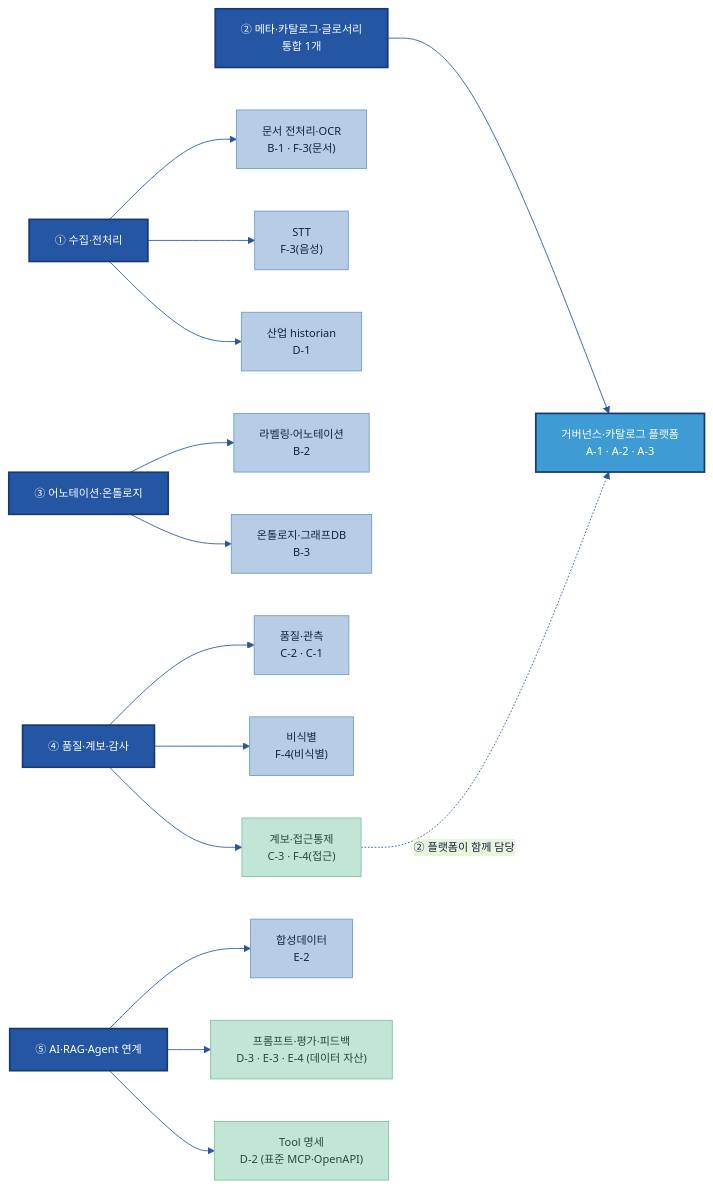
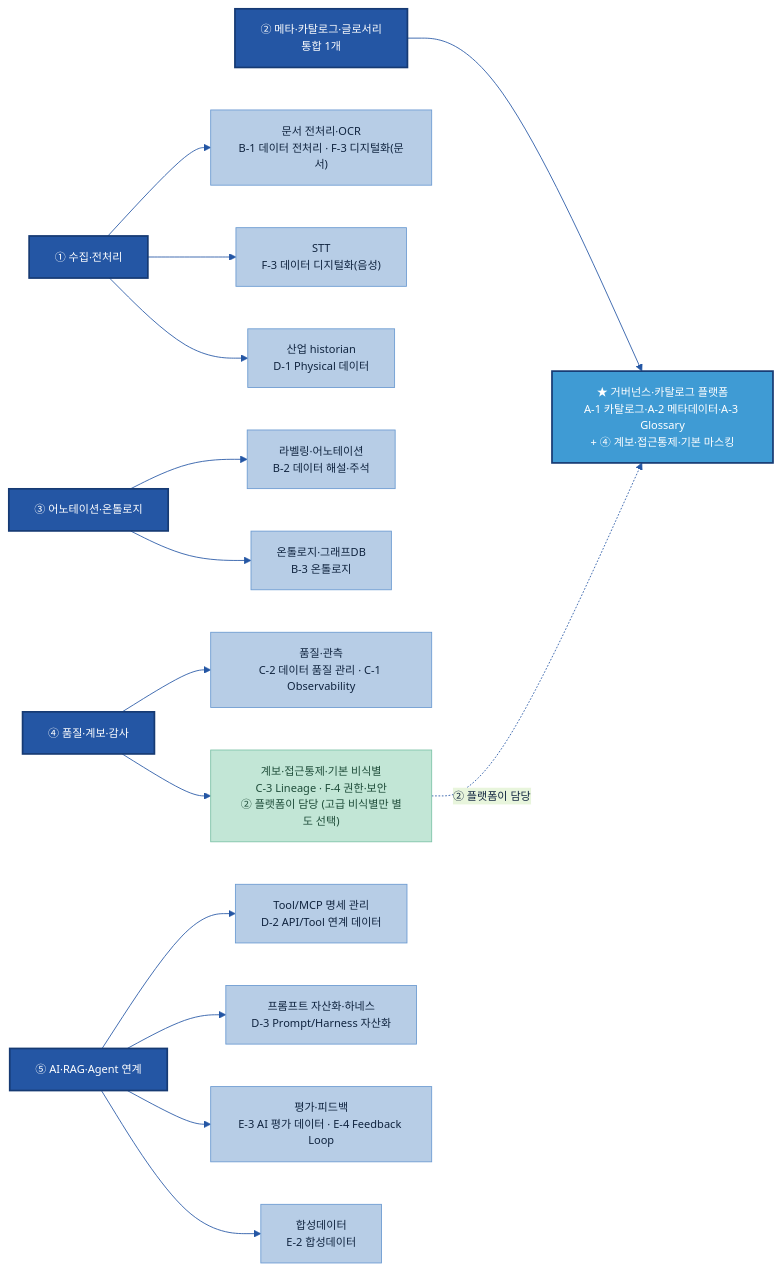
The diagram in Tech Player/03 제안 솔루션 구성 (영역별 솔루션 단위).md (jin-kearney/ai-ready-data-manual), drawn with Mermaid before and after one commit. The commit also changed other lines of this file, not shown here.

First line of the commit message:
docs(techstack): 03 — 주제 전체이름 병기·F-4 비식별 재분류·⑤ 재확장(Player 보강)

````diff
--- a/Tech Player/03 제안 솔루션 구성 (영역별 솔루션 단위).md
+++ b/Tech Player/03 제안 솔루션 구성 (영역별 솔루션 단위).md
@@ -54,32 +51,32 @@
 ```mermaid
 %%{init: {'theme':'base','themeVariables':{'primaryColor':'#DCE8F5','primaryBorderColor':'#2456A4','primaryTextColor':'#10243f','lineColor':'#2456A4','fontSize':'13px'}}}%%
 flowchart LR
     AR1["① 수집·전처리"]:::area
     AR2["② 메타·카탈로그·글로서리<br/>통합 1개"]:::area
     AR3["③ 어노테이션·온톨로지"]:::area
     AR4["④ 품질·계보·감사"]:::area
     AR5["⑤ AI·RAG·Agent 연계"]:::area
 
-    AR1 --> S1["문서 전처리·OCR<br/>B-1 · F-3(문서)"]:::sol
-    AR1 --> S2["STT<br/>F-3(음성)"]:::sol
-    AR1 --> S3["산업 historian<br/>D-1"]:::sol
+    AR1 --> S1["문서 전처리·OCR<br/>B-1 데이터 전처리 · F-3 디지털화(문서)"]:::sol
+    AR1 --> S2["STT<br/>F-3 데이터 디지털화(음성)"]:::sol
+    AR1 --> S3["산업 historian<br/>D-1 Physical 데이터"]:::sol
 
-    AR2 --> GOV["거버넌스·카탈로그 플랫폼<br/>A-1 · A-2 · A-3"]:::plat
+    AR2 --> GOV["★ 거버넌스·카탈로그 플랫폼<br/>A-1 카탈로그·A-2 메타데이터·A-3 Glossary<br/>+ ④ 계보·접근통제·기본 마스킹"]:::plat
 
-    AR3 --> S4["라벨링·어노테이션<br/>B-2"]:::sol
-    AR3 --> S5["온톨로지·그래프DB<br/>B-3"]:::sol
+    AR3 --> S4["라벨링·어노테이션<br/>B-2 데이터 해설·주석"]:::sol
+    AR3 --> S5["온톨로지·그래프DB<br/>B-3 온톨로지"]:::sol
 
-    AR4 --> S6["품질·관측<br/>C-2 · C-1"]:::sol
-    AR4 --> S7["비식별<br/>F-4(비식별)"]:::sol
-    AR4 --> S8["계보·접근통제<br/>C-3 · F-4(접근)"]:::asset
-    S8 -.->|② 플랫폼이 함께 담당| GOV
+    AR4 --> S6["품질·관측<br/>C-2 데이터 품질 관리 · C-1 Observability"]:::sol
+    AR4 --> ABS["계보·접근통제·기본 비식별<br/>C-3 Lineage · F-4 권한·보안<br/>② 플랫폼이 담당 (고급 비식별만 별도 선택)"]:::asset
 
-    AR5 --> S9["합성데이터<br/>E-2"]:::sol
-    AR5 --> S10["프롬프트·평가·피드백<br/>D-3 · E-3 · E-4 (데이터 자산)"]:::asset
-    AR5 --> S11["Tool 명세<br/>D-2 (표준 MCP·OpenAPI)"]:::asset
+    AR5 --> S8["Tool/MCP 명세 관리<br/>D-2 API/Tool 연계 데이터"]:::sol
+    AR5 --> S9["프롬프트 자산화·하네스<br/>D-3 Prompt/Harness 자산화"]:::sol
+    AR5 --> S10["평가·피드백<br/>E-3 AI 평가 데이터 · E-4 Feedback Loop"]:::sol
+    AR5 --> S11["합성데이터<br/>E-2 합성데이터"]:::sol
 
+    ABS -.->|② 플랫폼이 담당| GOV
     classDef area fill:#2456A4,color:#fff,stroke:#163a73,stroke-width:2px;
     classDef sol fill:#B7CDE6,stroke:#6B9AD1,color:#10243f;
     classDef plat fill:#3F9BD4,stroke:#163a73,color:#fff,stroke-width:2px;
     classDef asset fill:#C2E6D6,stroke:#7CC2A7,color:#1f4d3a;
 ```
````
